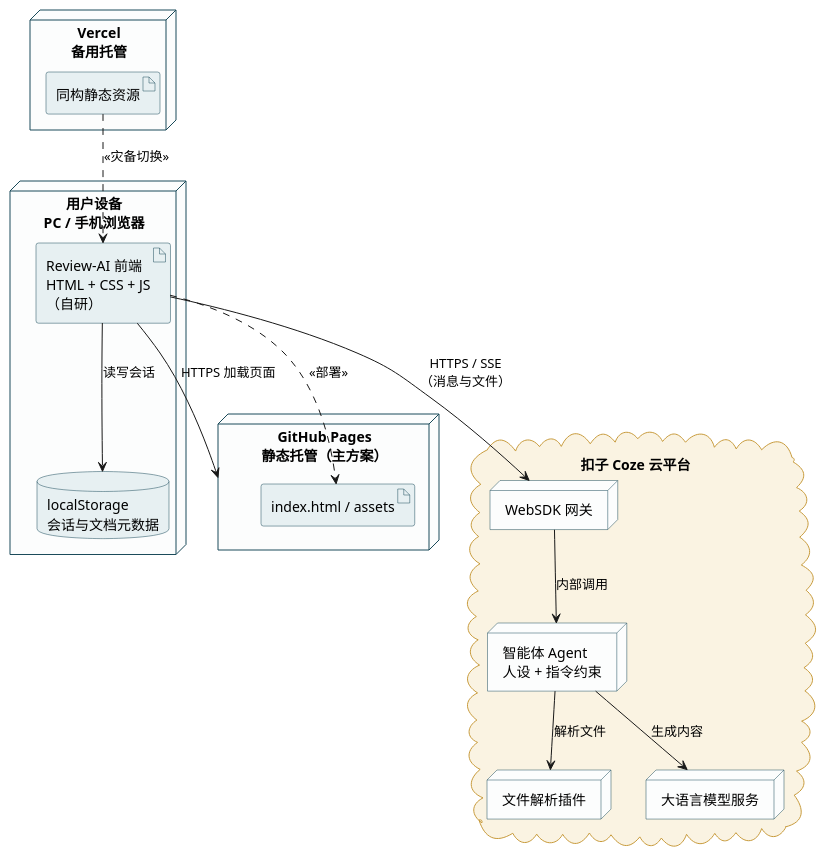
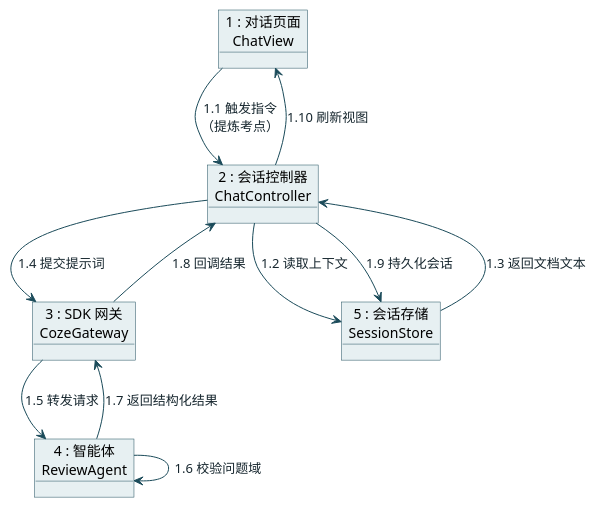
One commit to zhenglebing/cheng-qun-jie-dui changed the diagram in review-ai/docs/uml/06-协作图-问答检索协作.puml. Above: the diagram before and after it, drawn with PlantUML. The commit also changed 23 other files, not shown here.

Commit message:
Correct UML filenames and include ER diagram

```diff
--- a/review-ai/docs/uml/06-协作图-问答检索协作.puml
+++ b/review-ai/docs/uml/06-协作图-问答检索协作.puml
@@ -1,49 +1,30 @@
 @startuml
 skinparam defaultFontName "Microsoft YaHei"
 skinparam shadowing false
-skinparam node {
-  BackgroundColor #FCFDFD
-  BorderColor #1B4B5A
-}
-skinparam artifact {
+skinparam object {
   BackgroundColor #E7F0F2
   BorderColor #1B4B5A
 }
-skinparam cloud {
-  BackgroundColor #FAF3E2
-  BorderColor #C89B3C
-}
-skinparam database {
-  BackgroundColor #E7F0F2
-  BorderColor #1B4B5A
+skinparam arrow {
+  Color #1B4B5A
+  FontColor #16262E
 }
 
-node "用户设备\nPC / 手机浏览器" as DEV {
-  artifact "Review-AI 前端\nHTML + CSS + JS\n（自研）" as FE
-  database "localStorage\n会话与文档元数据" as LS
-}
+' 协作图（通信图）：以「快捷指令问答」场景为例，展示对象间的协作与消息编号
+object "1 : 对话页面\nChatView" as UI
+object "2 : 会话控制器\nChatController" as C
+object "3 : SDK 网关\nCozeGateway" as G
+object "4 : 智能体\nReviewAgent" as A
+object "5 : 会话存储\nSessionStore" as S
 
-node "GitHub Pages\n静态托管（主方案）" as GH {
-  artifact "index.html / assets" as STATIC
-}
-
-node "Vercel\n备用托管" as VC {
-  artifact "同构静态资源" as STATIC2
-}
-
-cloud "扣子 Coze 云平台" as COZE {
-  node "WebSDK 网关" as GW
-  node "智能体 Agent\n人设 + 指令约束" as AG
-  node "文件解析插件" as PL
-  node "大语言模型服务" as LLM
-}
-
-FE ..> STATIC : <<部署>>
-STATIC2 ..> FE : <<灾备切换>>
-FE --> GH : HTTPS 加载页面
-FE --> GW : HTTPS / SSE\n（消息与文件）
-GW --> AG : 内部调用
-AG --> PL : 解析文件
-AG --> LLM : 生成内容
-FE --> LS : 读写会话
+UI --> C : 1.1 触发指令\n（提炼考点）
+C --> S : 1.2 读取上下文
+S --> C : 1.3 返回文档文本
+C --> G : 1.4 提交提示词
+G --> A : 1.5 转发请求
+A --> A : 1.6 校验问题域
+A --> G : 1.7 返回结构化结果
+G --> C : 1.8 回调结果
+C --> S : 1.9 持久化会话
+C --> UI : 1.10 刷新视图
 @enduml
```
